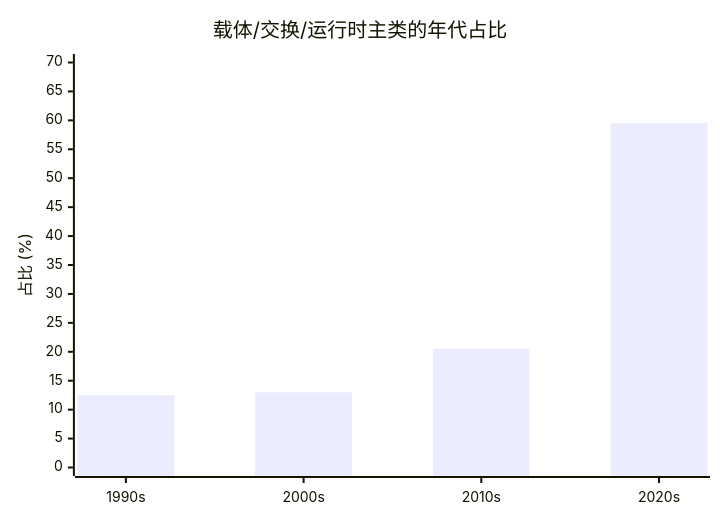
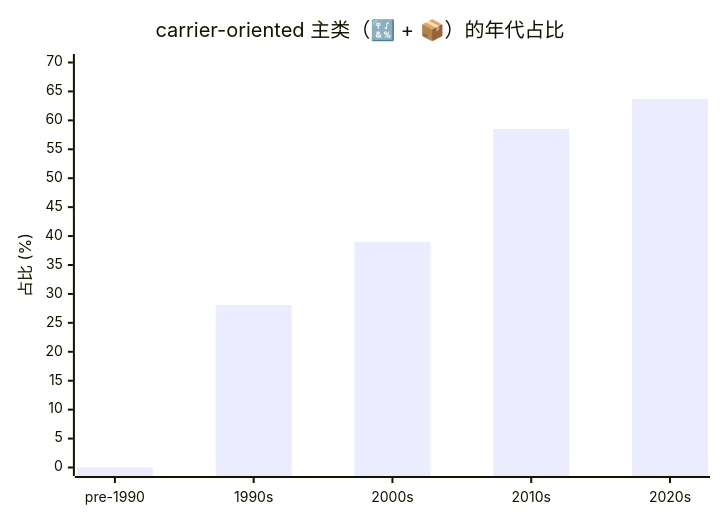
One commit to HansBug/research_ideas changed diagram 11 of 15 in project_1_llm_state_machine_modeling/discussions/2026-04-06-02-10-04-AI-讨论-状态机主要类型详细综述-历史沿革与近年趋势.md. Above: the diagram before and after it, drawn with Mermaid. The commit also changed other lines of this file, not shown here.

````diff
--- a/project_1_llm_state_machine_modeling/discussions/2026-04-06-02-10-04-AI-讨论-状态机主要类型详细综述-历史沿革与近年趋势.md
+++ b/project_1_llm_state_machine_modeling/discussions/2026-04-06-02-10-04-AI-讨论-状态机主要类型详细综述-历史沿革与近年趋势.md
@@ -930,7 +927,7 @@
 ```mermaid
 xychart-beta
-    title "载体/交换/运行时主类的年代占比"
-    x-axis ["1990s", "2000s", "2010s", "2020s"]
+    title "carrier-oriented 主类（🔣 + 📦）的年代占比"
+    x-axis ["pre-1990", "1990s", "2000s", "2010s", "2020s"]
     y-axis "占比 (%)" 0 --> 70
-    bar [12.5, 13.0, 20.5, 59.5]
+    bar [0.0, 28.1, 39.0, 58.5, 63.7]
 ```
````
